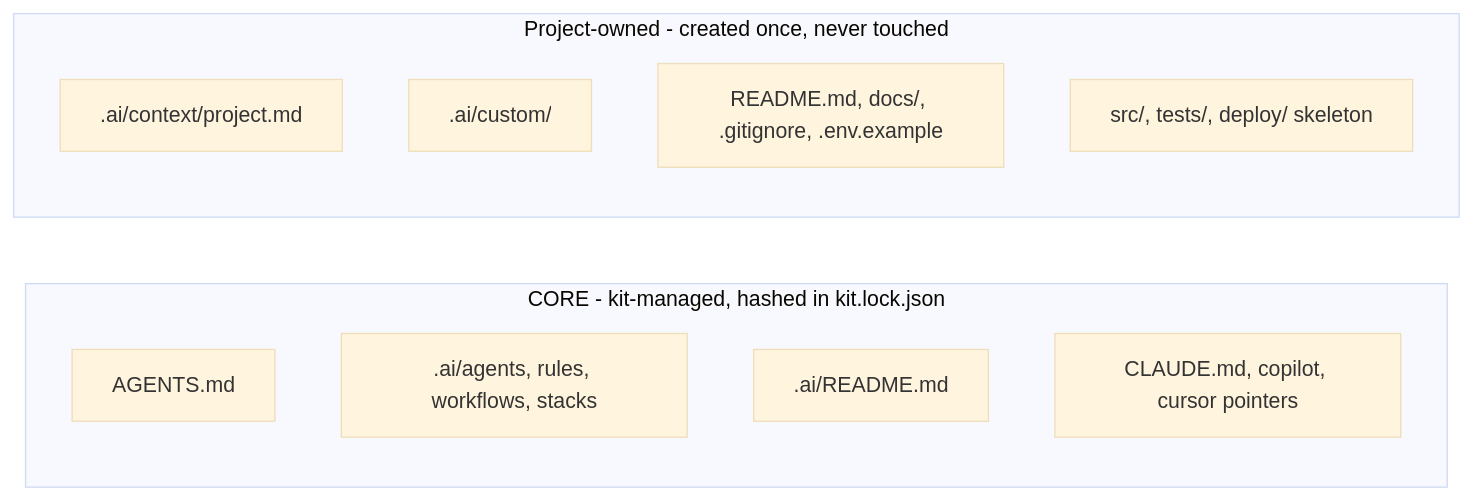
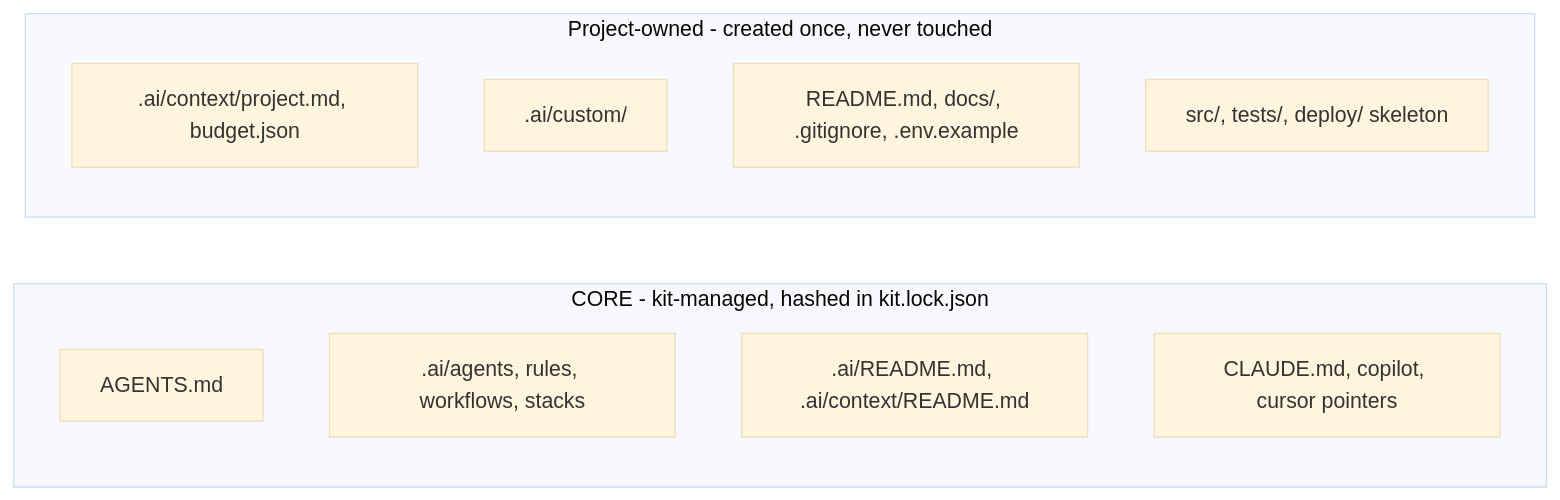
Before and after one commit to Yerlis09/ai-software-engineering-kit: the second of 4 diagrams in docs/ARCHITECTURE.md, drawn with Mermaid (base theme). The commit also changed other lines of this file and 154 other files, not shown here.

````diff
--- a/docs/ARCHITECTURE.md
+++ b/docs/ARCHITECTURE.md
@@ -77,15 +84,15 @@
 ```mermaid
 flowchart LR
     subgraph CORE[CORE - kit-managed, hashed in kit.lock.json]
         A[AGENTS.md]
         B[.ai/agents, rules, workflows, stacks]
-        C[.ai/README.md]
+        C[.ai/README.md, .ai/context/README.md]
         D[CLAUDE.md, copilot, cursor pointers]
     end
     subgraph OWNED[Project-owned - created once, never touched]
-        E[.ai/context/project.md]
+        E[.ai/context/project.md, budget.json]
         F[.ai/custom/]
         G[README.md, docs/, .gitignore, .env.example]
         H[src/, tests/, deploy/ skeleton]
     end
 ```
````
